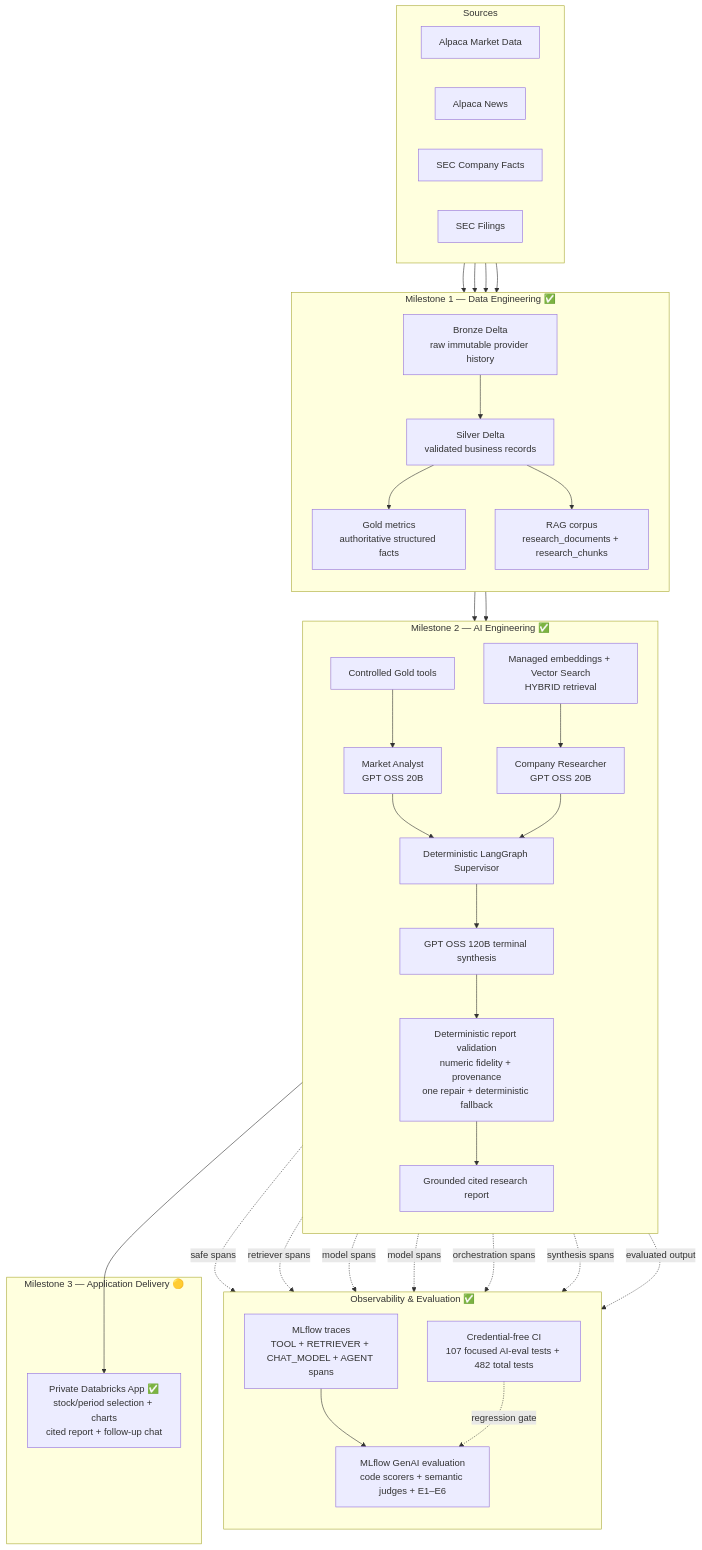
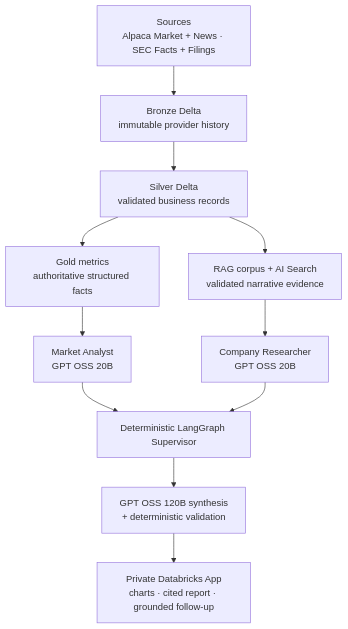
The diagram in README.md (maghdam/multi-agent-equity-research-system-on-databricks), drawn with Mermaid before and after one commit. The commit also changed other lines of this file, not shown here.

Commit message:
docs: polish final portfolio README

````diff
--- a/README.md
+++ b/README.md
@@ -65,69 +99,20 @@
 ```mermaid
 flowchart TB
-    subgraph SRC["Sources"]
-        direction LR
-        A1["Alpaca Market Data"]
-        A2["Alpaca News"]
-        E1["SEC Company Facts"]
-        E2["SEC Filings"]
-    end
+    SRC["Sources<br/>Alpaca Market + News · SEC Facts + Filings"]
+    B["Bronze Delta<br/>immutable provider history"]
+    S["Silver Delta<br/>validated business records"]
+    G["Gold metrics<br/>authoritative structured facts"]
+    R["RAG corpus + AI Search<br/>validated narrative evidence"]
+    MA["Market Analyst<br/>GPT OSS 20B"]
+    CR["Company Researcher<br/>GPT OSS 20B"]
+    SUP["Deterministic LangGraph Supervisor"]
+    SYN["GPT OSS 120B synthesis<br/>+ deterministic validation"]
+    APP["Private Databricks App<br/>charts · cited report · grounded follow-up"]
 
-    subgraph DE["Milestone 1 — Data Engineering ✅"]
-        direction TB
-        B["Bronze Delta<br/>raw immutable provider history"]
-        S["Silver Delta<br/>validated business records"]
-        G["Gold metrics<br/>authoritative structured facts"]
-        R["RAG corpus<br/>research_documents + research_chunks"]
-    end
-
-    subgraph AI["Milestone 2 — AI Engineering ✅"]
-        direction TB
-        CT["Controlled Gold tools"]
-        VS["Managed embeddings + Vector Search<br/>HYBRID retrieval"]
-        MA["Market Analyst<br/>GPT OSS 20B"]
-        CR["Company Researcher<br/>GPT OSS 20B"]
-        SUP["Deterministic LangGraph Supervisor"]
-        SYN["GPT OSS 120B terminal synthesis"]
-        VAL["Deterministic report validation<br/>numeric fidelity + provenance<br/>one repair + deterministic fallback"]
-        REP["Grounded cited research report"]
-    end
-
-    subgraph OBS["Observability & Evaluation ✅"]
-        direction TB
-        TR["MLflow traces<br/>TOOL + RETRIEVER + CHAT_MODEL + AGENT spans"]
-        EV["MLflow GenAI evaluation<br/>code scorers + semantic judges + E1–E6"]
-        CI["Credential-free CI<br/>107 focused AI-eval tests + 482 total tests"]
-    end
-
-    subgraph APP["Milestone 3 — Application Delivery 🟡"]
-        UI["Private Databricks App ✅<br/>stock/period selection + charts<br/>cited report + follow-up chat"]
-    end
-
-    A1 --> B
-    A2 --> B
-    E1 --> B
-    E2 --> B
-
-    B --> S
-    S --> G
-    S --> R
-
-    G --> CT --> MA
-    R --> VS --> CR
-
+    SRC --> B --> S
+    S --> G --> MA
+    S --> R --> CR
     MA --> SUP
     CR --> SUP
-    SUP --> SYN --> VAL --> REP
-
-    CT -. safe spans .-> TR
-    VS -. retriever spans .-> TR
-    MA -. model spans .-> TR
-    CR -. model spans .-> TR
-    SUP -. orchestration spans .-> TR
-    SYN -. synthesis spans .-> TR
-    REP -. evaluated output .-> EV
-    TR --> EV
-    CI -. regression gate .-> EV
-
-    REP --> UI
+    SUP --> SYN --> APP
 ```
````
